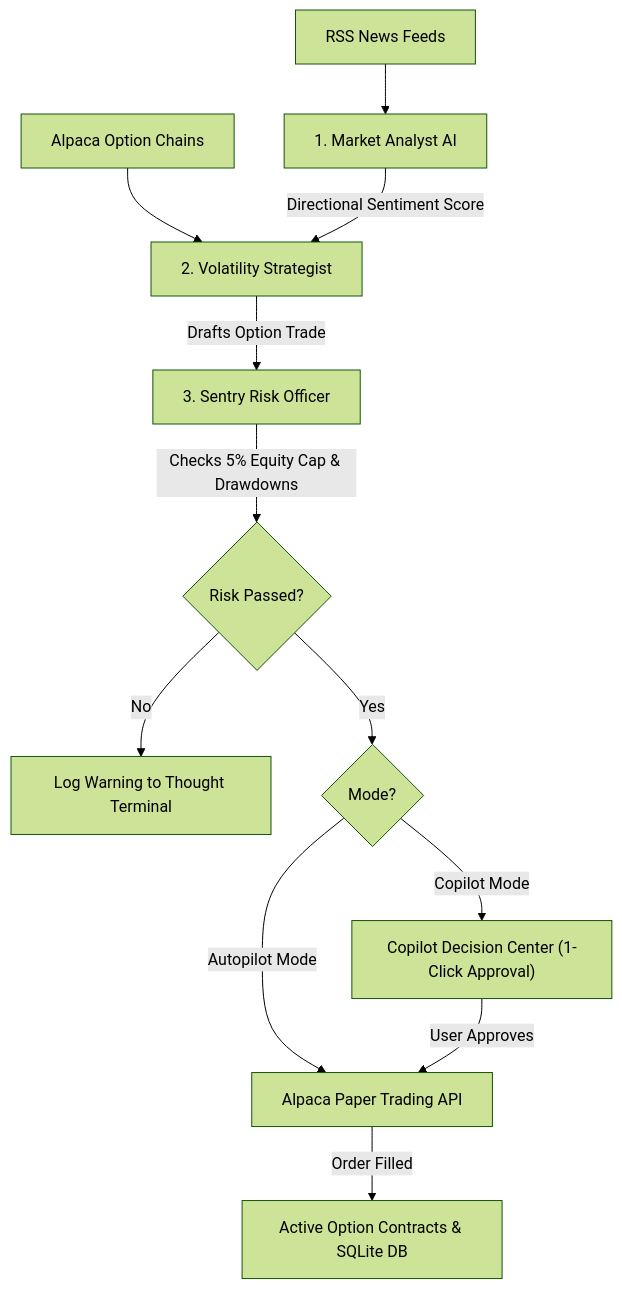
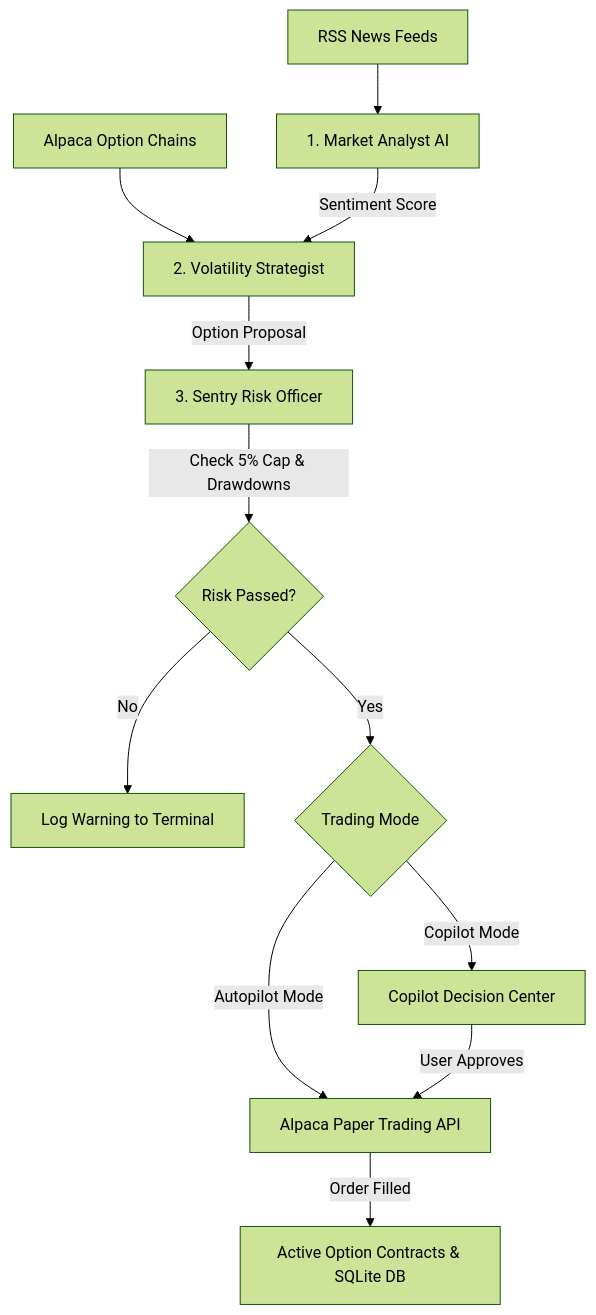
One commit to abdullasibghat/SentryTheta-AI changed the diagram in README.md. Above: the diagram before and after it, drawn with Mermaid (forest theme).

Commit message:
Update system architecture diagram in README

````diff
--- a/README.md
+++ b/README.md
@@ -46,14 +46,14 @@
 ```mermaid
-flowchart TD
-    News["RSS News Feeds"] --> Analyst["1. Market Analyst AI"]
-    AlpacaData["Alpaca Option Chains"] --> Strategist["2. Volatility Strategist"]
-    Analyst -->|"Directional Sentiment Score"| Strategist
-    Strategist -->|"Drafts Option Trade"| RiskOfficer["3. Sentry Risk Officer"]
-    RiskOfficer -->|"Checks 5% Equity Cap & Drawdowns"| Gatekeeper{"Risk Passed?"}
-    Gatekeeper -->|"No"| TerminalLogs["Log Warning to Thought Terminal"]
-    Gatekeeper -->|"Yes"| ModeCheck{"Mode?"}
-    ModeCheck -->|"Copilot Mode"| UIQueue["Copilot Decision Center (1-Click Approval)"]
-    ModeCheck -->|"Autopilot Mode"| Broker["Alpaca Paper Trading API"]
-    UIQueue -->|"User Approves"| Broker
-    Broker -->|"Order Filled"| ActiveRegistry["Active Option Contracts & SQLite DB"]
+graph TD
+    A[RSS News Feeds] --> B[1. Market Analyst AI]
+    C[Alpaca Option Chains] --> D[2. Volatility Strategist]
+    B -->|Sentiment Score| D
+    D -->|Option Proposal| E[3. Sentry Risk Officer]
+    E -->|Check 5% Cap & Drawdowns| F{Risk Passed?}
+    F -->|No| G[Log Warning to Terminal]
+    F -->|Yes| H{Trading Mode}
+    H -->|Copilot Mode| I[Copilot Decision Center]
+    H -->|Autopilot Mode| J[Alpaca Paper Trading API]
+    I -->|User Approves| J
+    J -->|Order Filled| K[Active Option Contracts & SQLite DB]
 ```
````
